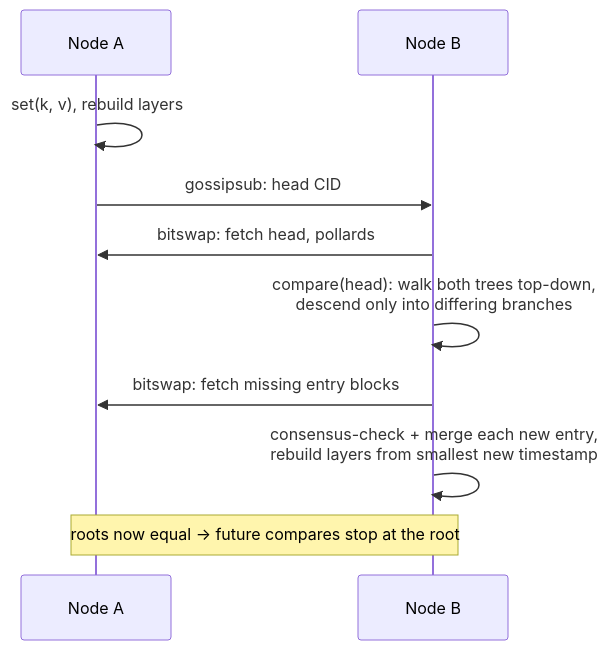
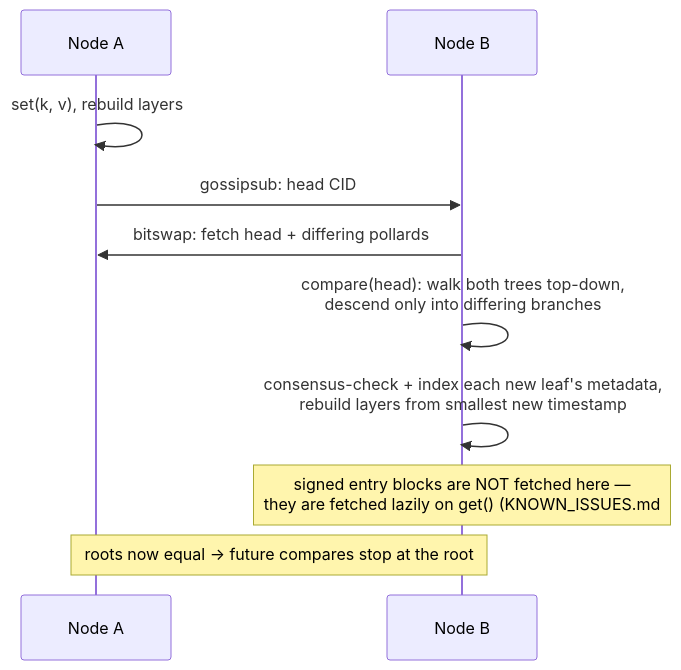
One commit to denkmitdb/denkmitdb changed the third of 3 diagrams in ARCHITECTURE.md. Above: the diagram before and after it, drawn with Mermaid. The commit also changed other lines of this file and 40 other files, not shown here.

````diff
--- a/ARCHITECTURE.md
+++ b/ARCHITECTURE.md
@@ -113,12 +128,12 @@
 ```mermaid
 sequenceDiagram
     participant A as Node A
     participant B as Node B
     A->>A: set(k, v), rebuild layers
     A->>B: gossipsub: head CID
-    B->>A: bitswap: fetch head, pollards
+    B->>A: bitswap: fetch head + differing pollards
     B->>B: compare(head): walk both trees top-down,<br/>descend only into differing branches
-    B->>A: bitswap: fetch missing entry blocks
-    B->>B: consensus-check + merge each new entry,<br/>rebuild layers from smallest new timestamp
+    B->>B: consensus-check + index each new leaf's metadata,<br/>rebuild layers from smallest new timestamp
+    Note over B: signed entry blocks are NOT fetched here —<br/>they are fetched lazily on get() (KNOWN_ISSUES.md #10)
     Note over A,B: roots now equal → future compares stop at the root
 ```
````
